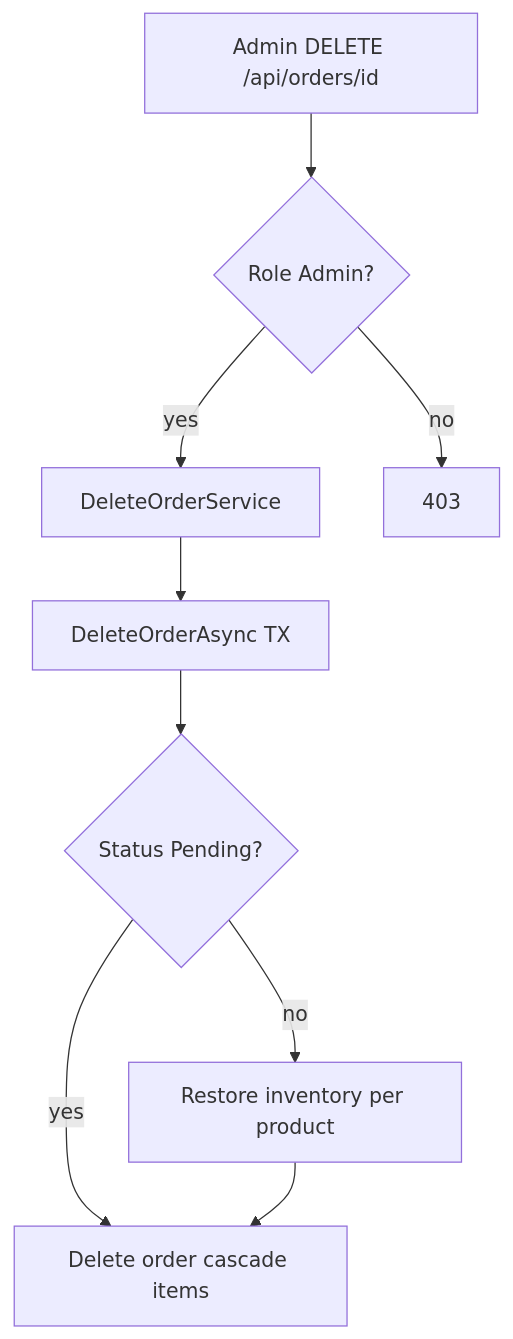
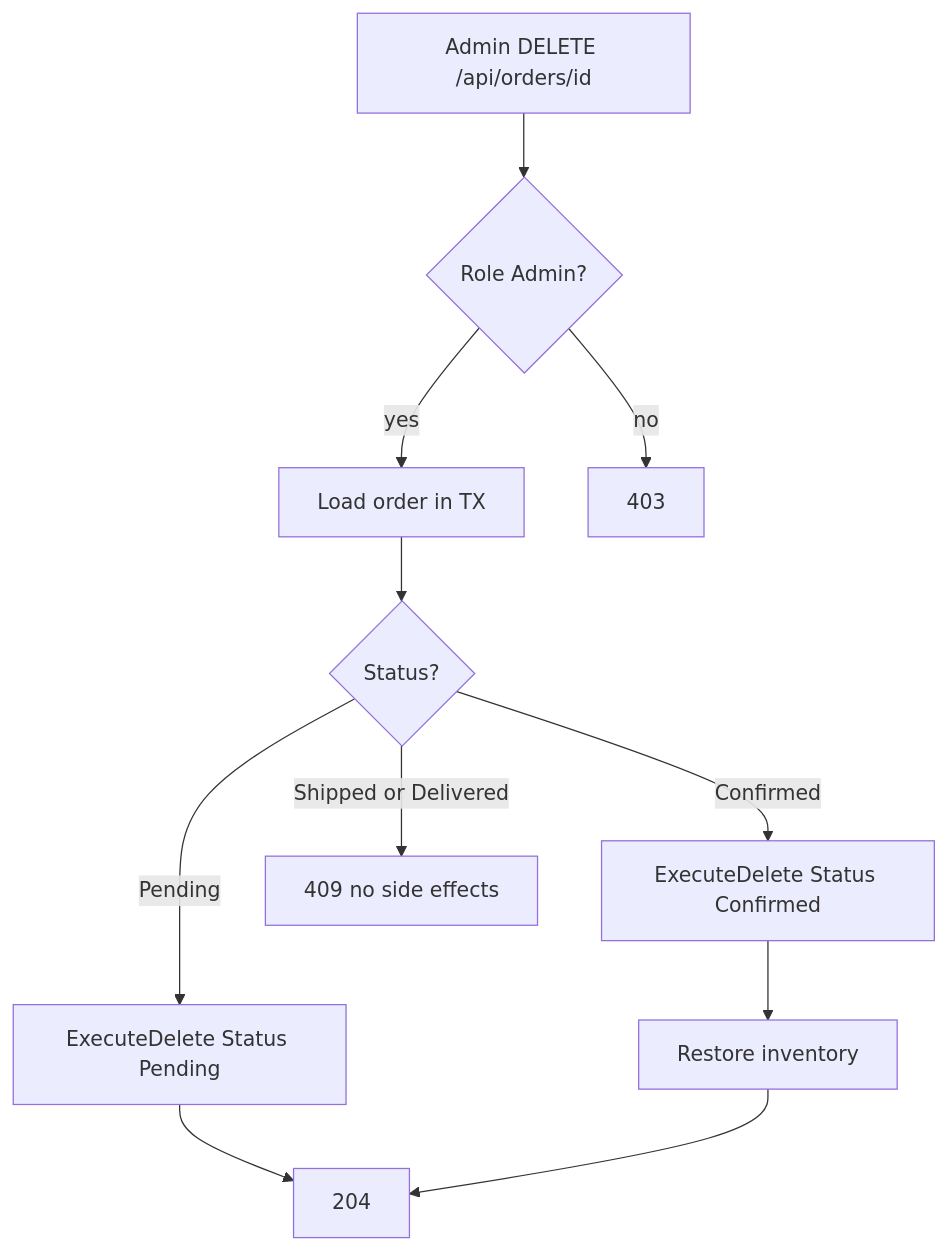
One commit to abolfathi/rpkTask changed the fourth of 6 diagrams in README.md. Above: the diagram before and after it, drawn with Mermaid. The commit also changed other lines of this file and 6 other files, not shown here.

Commit message:
Reject delete for shipped or delivered orders with inventory-safe rules.

````diff
--- a/README.md
+++ b/README.md
@@ -454,17 +458,19 @@
 ```mermaid
 flowchart TD
   Client[Admin DELETE /api/orders/id]
   Auth{"Role Admin?"}
-  Svc[DeleteOrderService]
-  Persist[DeleteOrderAsync TX]
-  Pending{"Status Pending?"}
-  Restock[Restore inventory per product]
-  Del[Delete order cascade items]
+  Load[Load order in TX]
+  Status{Status?}
+  DelPending[ExecuteDelete Status Pending]
+  DelConfirmed[ExecuteDelete Status Confirmed]
+  Restock[Restore inventory]
+  Conflict409[409 no side effects]
+  Ok204[204]
   Client --> Auth
   Auth -->|no| Forbidden[403]
-  Auth -->|yes| Svc
-  Svc --> Persist
-  Persist --> Pending
-  Pending -->|yes| Del
-  Pending -->|no| Restock --> Del
+  Auth -->|yes| Load
+  Load --> Status
+  Status -->|Pending| DelPending --> Ok204
+  Status -->|Confirmed| DelConfirmed --> Restock --> Ok204
+  Status -->|Shipped or Delivered| Conflict409
 ```
````
